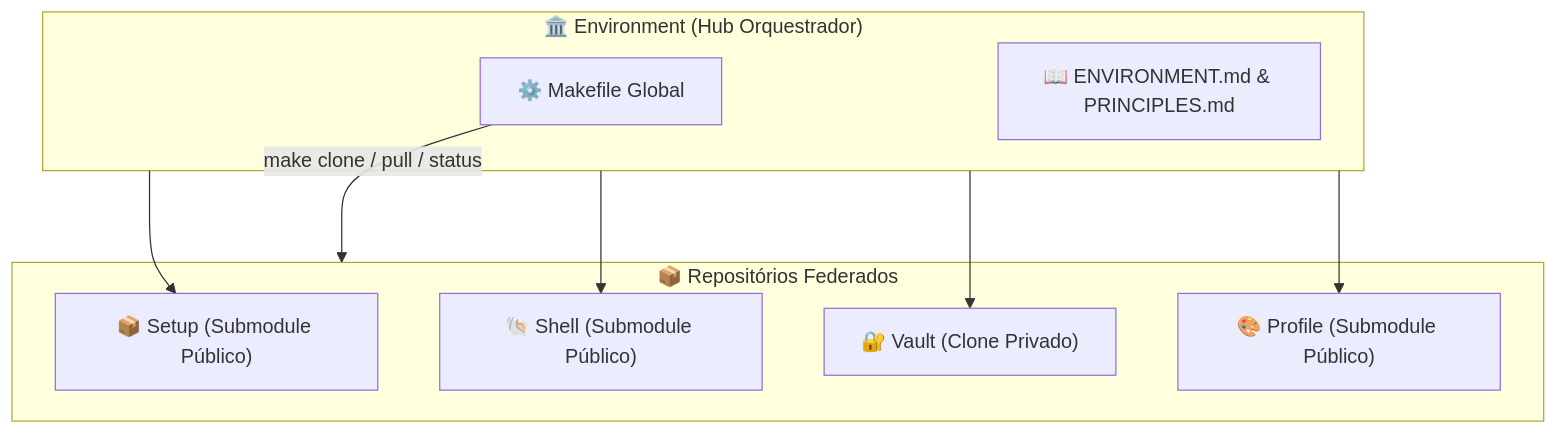
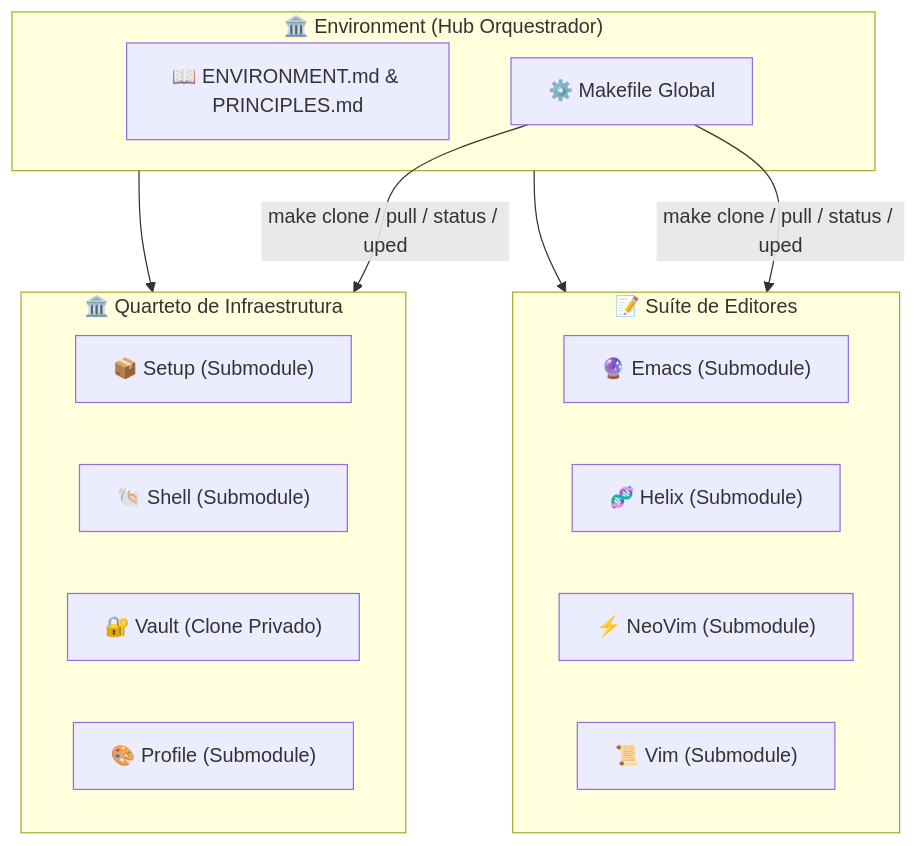
Before and after one commit to GabrielFrigo4/environment: the diagram in README.md, drawn with Mermaid. The commit also changed other lines of this file and 5 other files, not shown here.

````diff
--- a/README.md
+++ b/README.md
@@ -27,20 +34,26 @@
 ```mermaid
 flowchart TD
     subgraph ENV ["🏛️ Environment (Hub Orquestrador)"]
         MK["⚙️ Makefile Global"]
         DOC["📖 ENVIRONMENT.md & PRINCIPLES.md"]
     end
 
-    subgraph REPOS ["📦 Repositórios Federados"]
-        SETUP["📦 Setup (Submodule Público)"]
-        SHELL["🐚 Shell (Submodule Público)"]
+    subgraph CORE ["🏛️ Quarteto de Infraestrutura"]
+        SETUP["📦 Setup (Submodule)"]
+        SHELL["🐚 Shell (Submodule)"]
         VAULT["🔐 Vault (Clone Privado)"]
-        PROFILE["🎨 Profile (Submodule Público)"]
+        PROFILE["🎨 Profile (Submodule)"]
     end
 
-    ENV --> SETUP
-    ENV --> SHELL
-    ENV --> VAULT
-    ENV --> PROFILE
-    MK -->|"make clone / pull / status"| REPOS
+    subgraph EDITORS ["📝 Suíte de Editores"]
+        EMACS["🔮 Emacs (Submodule)"]
+        HELIX["🧬 Helix (Submodule)"]
+        NVIM["⚡ NeoVim (Submodule)"]
+        VIM["📜 Vim (Submodule)"]
+    end
+
+    ENV --> CORE
+    ENV --> EDITORS
+    MK -->|"make clone / pull / status / uped"| CORE
+    MK -->|"make clone / pull / status / uped"| EDITORS
 ```
````
